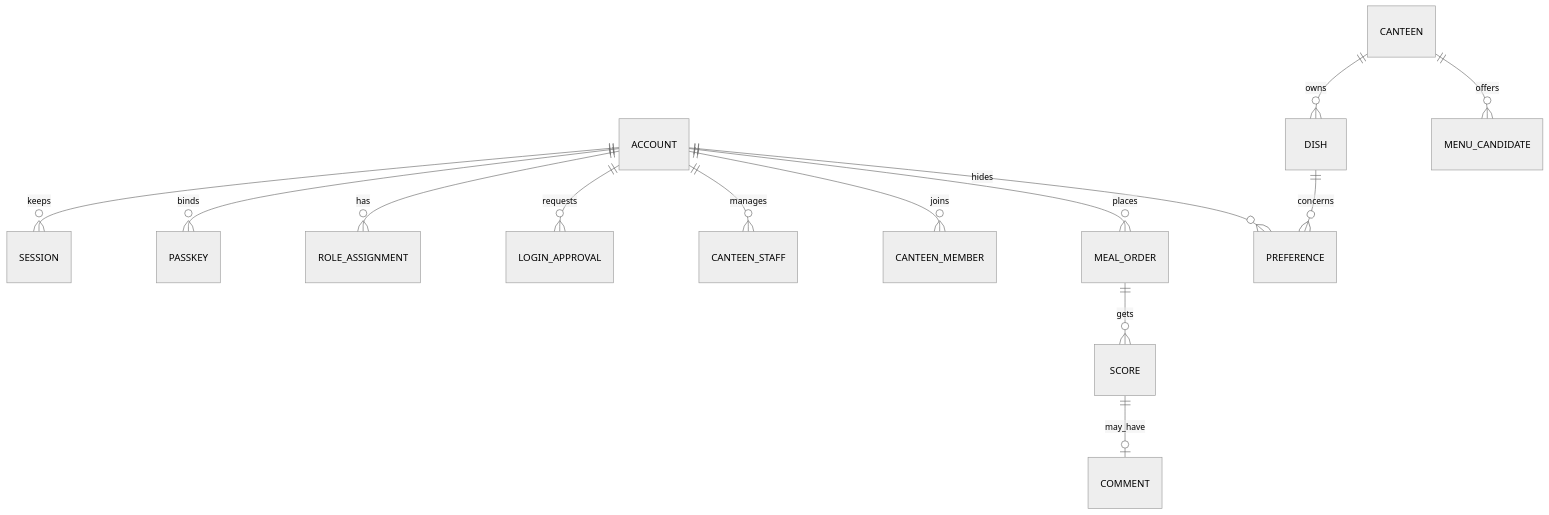
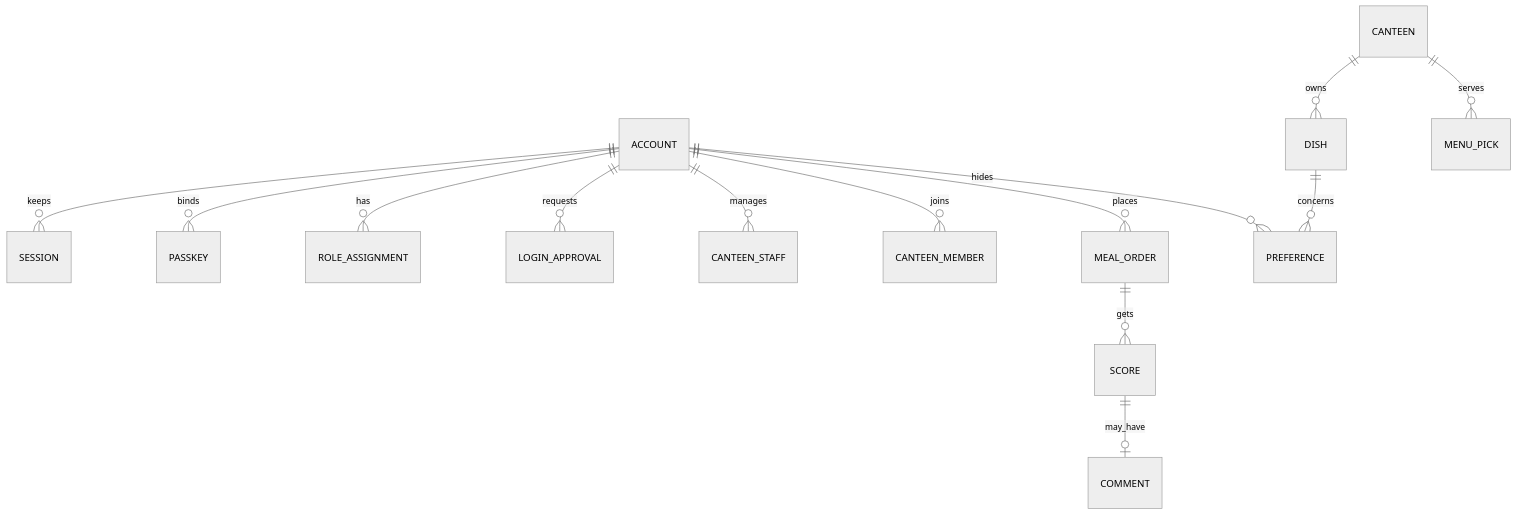
Before and after one commit to ModerRAS/duolinzao: the third of 3 diagrams in specs/phase1/design.md, drawn with Mermaid (neutral theme). The commit also changed other lines of this file and 3 other files, not shown here.

````diff
--- a/specs/phase1/design.md
+++ b/specs/phase1/design.md
@@ -117,16 +117,16 @@
 ```mermaid
 erDiagram
   ACCOUNT ||--o{ SESSION : keeps
   ACCOUNT ||--o{ PASSKEY : binds
   ACCOUNT ||--o{ ROLE_ASSIGNMENT : has
   ACCOUNT ||--o{ LOGIN_APPROVAL : requests
   ACCOUNT ||--o{ CANTEEN_STAFF : manages
   ACCOUNT ||--o{ CANTEEN_MEMBER : joins
   CANTEEN ||--o{ DISH : owns
-  CANTEEN ||--o{ MENU_CANDIDATE : offers
+  CANTEEN ||--o{ MENU_PICK : serves
   ACCOUNT ||--o{ MEAL_ORDER : places
   MEAL_ORDER ||--o{ SCORE : gets
   SCORE ||--o| COMMENT : may_have
   ACCOUNT ||--o{ PREFERENCE : hides
   DISH ||--o{ PREFERENCE : concerns
 ```
````
